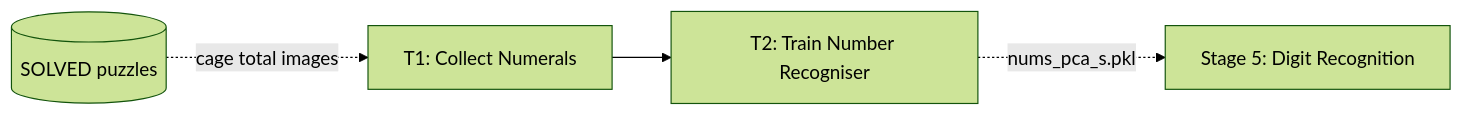
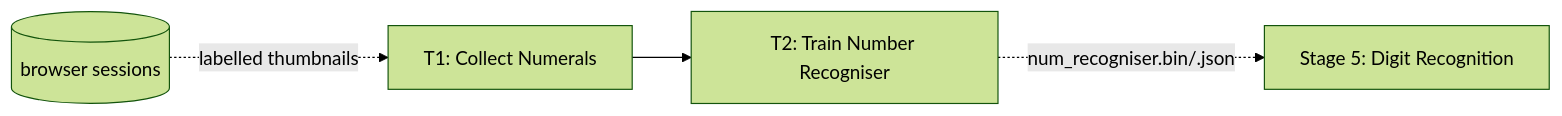
Before and after one commit to gbarrett28/cagedoku: the second of 10 diagrams in docs/image-pipeline.md, drawn with Mermaid (forest theme). The commit also changed other lines of this file and 4 other files, not shown here.

First line of the commit message:
docs: update digit recogniser docs; delete obsolete superpowers specs

````diff
--- a/docs/image-pipeline.md
+++ b/docs/image-pipeline.md
@@ -37,6 +37,6 @@
 ```mermaid
 flowchart LR
-    S[(SOLVED puzzles)] -.->|cage total images| T1[T1: Collect Numerals]
+    S[(browser sessions)] -.->|labelled thumbnails| T1[T1: Collect Numerals]
     T1 --> T2[T2: Train Number Recogniser]
-    T2 -.->|nums_pca_s.pkl| F[Stage 5: Digit Recognition]
+    T2 -.->|num_recogniser.bin/.json| F[Stage 5: Digit Recognition]
 ```
````
